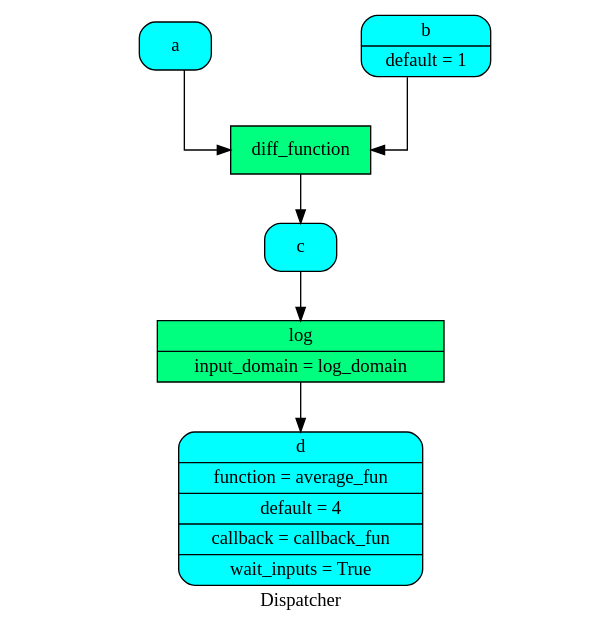
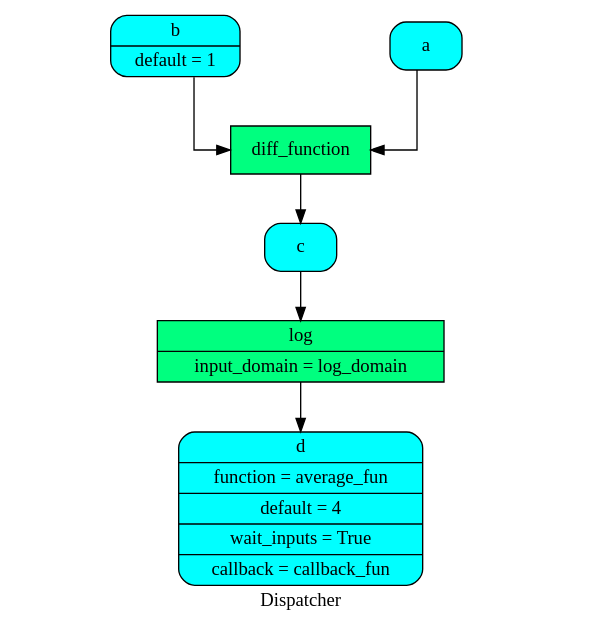
One commit to vinci1it2000/schedula changed the diagram in doc/dispatcher/__init__/Dispatcher/dsp.dot. Above: the diagram before and after it, drawn with Graphviz. The commit also changed 26 other files, not shown here.

```diff
--- a/doc/dispatcher/__init__/Dispatcher/dsp.dot
+++ b/doc/dispatcher/__init__/Dispatcher/dsp.dot
@@ -1,17 +1,17 @@
 digraph Dispatcher {
 	graph [ratio=1]
 	node [style=filled]
+	splines = ortho
 	label = "Dispatcher"
-	splines = ortho
-		Dispatcher_483858525469303520 [label="{ a  }" fillcolor=cyan shape=Mrecord]
-		"Dispatcher_-8910526491154162589" [label="{ diff_function  }" fillcolor=springgreen shape=record]
-		"Dispatcher_-7216187140594408253" [label="{ log | input_domain = log_domain }" fillcolor=springgreen shape=record]
-		"Dispatcher_-8490501165579404505" [label="{ b | default = 1 }" fillcolor=cyan shape=Mrecord]
-		Dispatcher_2483061293966101162 [label="{ c  }" fillcolor=cyan shape=Mrecord]
-		"Dispatcher_-4481680193965843537" [label="{ d | function = average_fun | default = 4 | callback = callback_fun | wait_inputs = True }" fillcolor=cyan shape=Mrecord]
-			Dispatcher_483858525469303520 -> "Dispatcher_-8910526491154162589"
-			"Dispatcher_-8910526491154162589" -> Dispatcher_2483061293966101162
-			"Dispatcher_-7216187140594408253" -> "Dispatcher_-4481680193965843537"
-			"Dispatcher_-8490501165579404505" -> "Dispatcher_-8910526491154162589"
-			Dispatcher_2483061293966101162 -> "Dispatcher_-7216187140594408253"
+		Dispatcher_10680436428781008 [label="{ diff_function  }" fillcolor=springgreen shape=record]
+		"Dispatcher_-7525193253846915964" [label="{ c  }" fillcolor=cyan shape=Mrecord]
+		"Dispatcher_-350601278376124057" [label="{ log | input_domain = log_domain }" fillcolor=springgreen shape=record]
+		"Dispatcher_-4863238121632644504" [label="{ b | default = 1 }" fillcolor=cyan shape=Mrecord]
+		Dispatcher_2204486394149653195 [label="{ d | function = average_fun | default = 4 | wait_inputs = True | callback = callback_fun }" fillcolor=cyan shape=Mrecord]
+		Dispatcher_5281915415694126460 [label="{ a  }" fillcolor=cyan shape=Mrecord]
+			Dispatcher_10680436428781008 -> "Dispatcher_-7525193253846915964"
+			"Dispatcher_-7525193253846915964" -> "Dispatcher_-350601278376124057"
+			"Dispatcher_-350601278376124057" -> Dispatcher_2204486394149653195
+			"Dispatcher_-4863238121632644504" -> Dispatcher_10680436428781008
+			Dispatcher_5281915415694126460 -> Dispatcher_10680436428781008
 }
```
